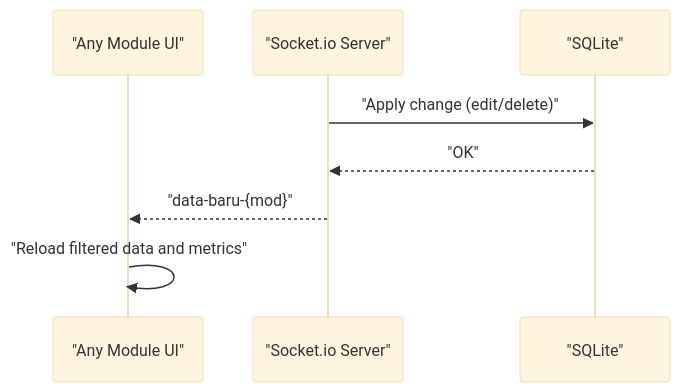
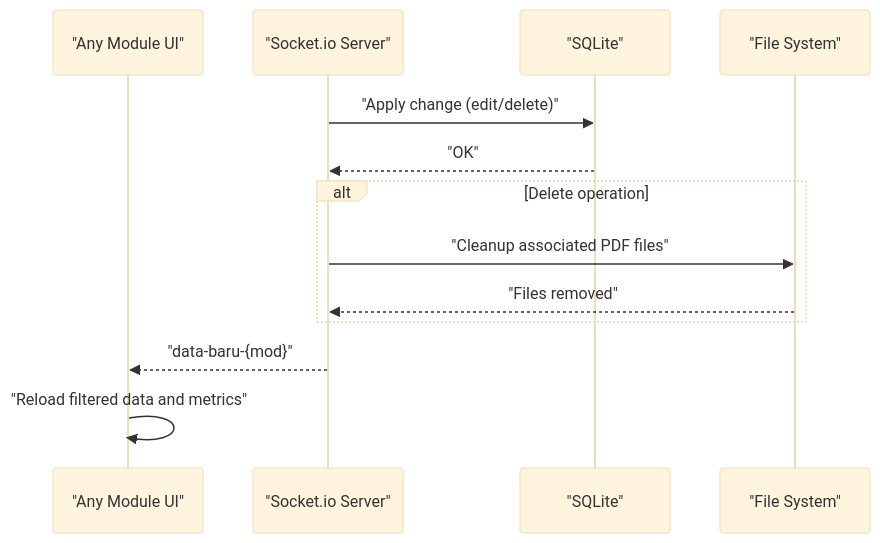
Before and after one commit to rendisiagian/TDS_by_RENDISIAGIAN: the fifth of 7 diagrams in .qoder/repowiki/en/content/Advanced Features/Real-time Processing & Socket.io Integration.md, drawn with Mermaid (base theme). The commit also changed other lines of this file and 91 other files, not shown here.

````diff
--- a/.qoder/repowiki/en/content/Advanced Features/Real-time Processing & Socket.io Integration.md
+++ b/.qoder/repowiki/en/content/Advanced Features/Real-time Processing & Socket.io Integration.md
@@ -163,10 +202,15 @@
 ```mermaid
 sequenceDiagram
 participant Client as "Any Module UI"
 participant Sock as "Socket.io Server"
 participant DB as "SQLite"
+participant FS as "File System"
 Sock->>DB : "Apply change (edit/delete)"
 DB-->>Sock : "OK"
+alt Delete operation
+Sock->>FS : "Cleanup associated PDF files"
+FS-->>Sock : "Files removed"
+end
 Sock-->>Client : "data-baru-{mod}"
 Client->>Client : "Reload filtered data and metrics"
 ```
````
